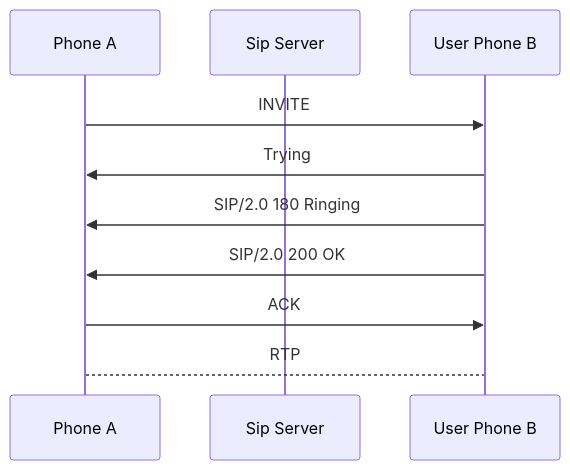
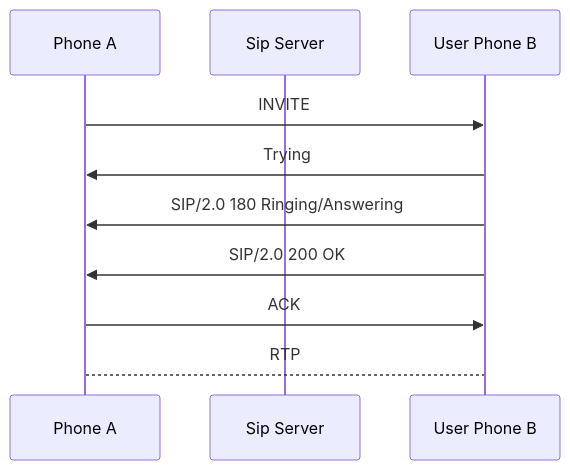
Before and after one commit to lankahsu520/HelperX: the fourth of 10 diagrams in helper_SIPandAsterisk.md, drawn with Mermaid.

Commit message:
update helper_SIPandAsterisk.md, 1.2.2. A Call

````diff
--- a/helper_SIPandAsterisk.md
+++ b/helper_SIPandAsterisk.md
@@ -90,13 +90,13 @@
 ```mermaid
 sequenceDiagram
 	participant PhoneA as Phone A
 	participant SipServer as Sip Server
 	participant PhoneB as User Phone B
 
 	PhoneA->>PhoneB: INVITE
 	PhoneB->>PhoneA: Trying
-	PhoneB->>PhoneA: SIP/2.0 180 Ringing
+	PhoneB->>PhoneA: SIP/2.0 180 Ringing/Answering
 	PhoneB->>PhoneA: SIP/2.0 200 OK
 	PhoneA->>PhoneB: ACK
 	PhoneA-->PhoneB: RTP
 ```
````
